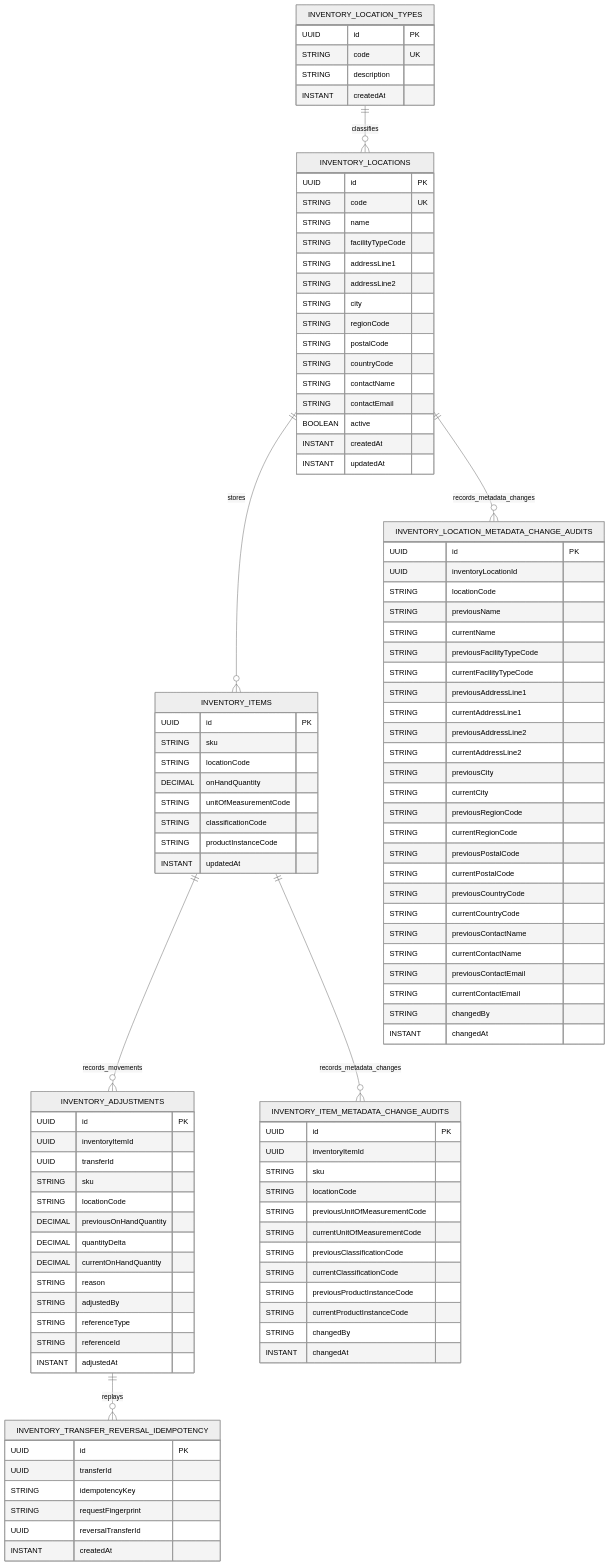
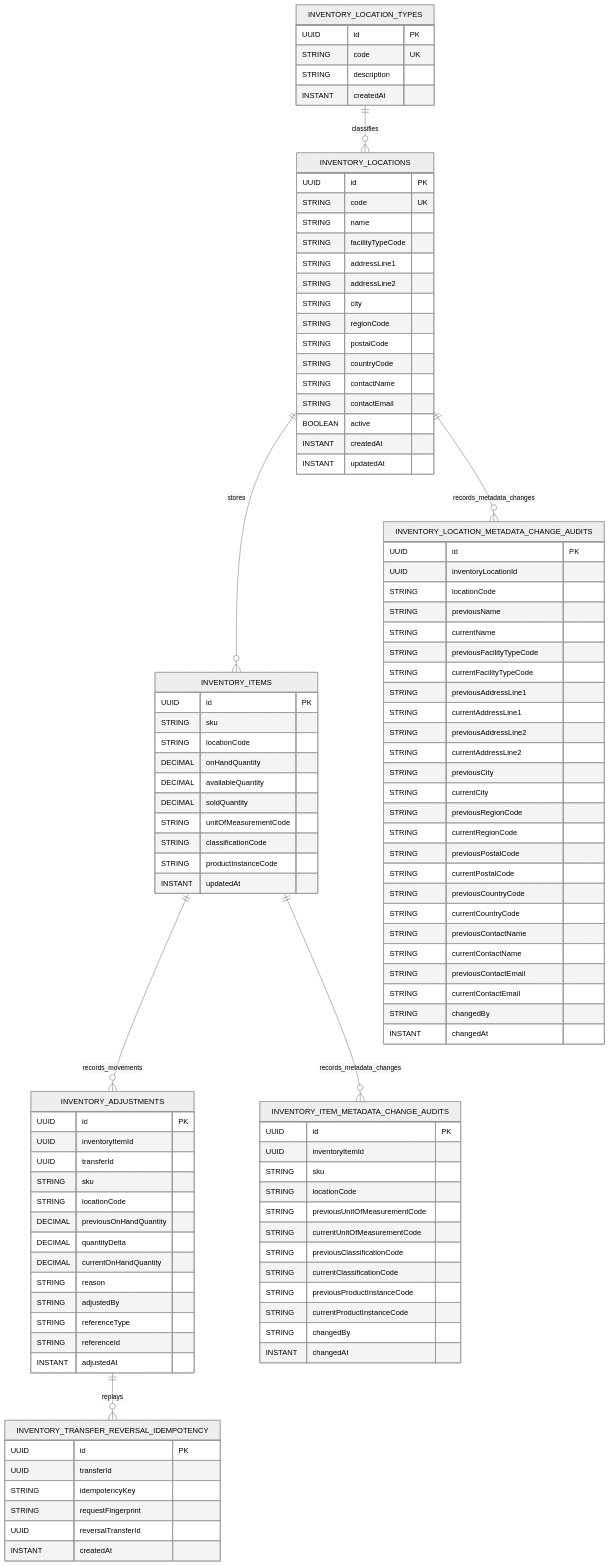
The diagram in docs/inventory-data-model.md (ArcanaERP/platform), drawn with Mermaid (neutral theme) before and after one commit. The commit also changed other lines of this file and 13 other files, not shown here.

```diff
--- a/docs/inventory-data-model.md
+++ b/docs/inventory-data-model.md
@@ -43,6 +43,8 @@
       STRING sku
       STRING locationCode
       DECIMAL onHandQuantity
+      DECIMAL availableQuantity
+      DECIMAL soldQuantity
       STRING unitOfMeasurementCode
       STRING classificationCode
       STRING productInstanceCode
```
